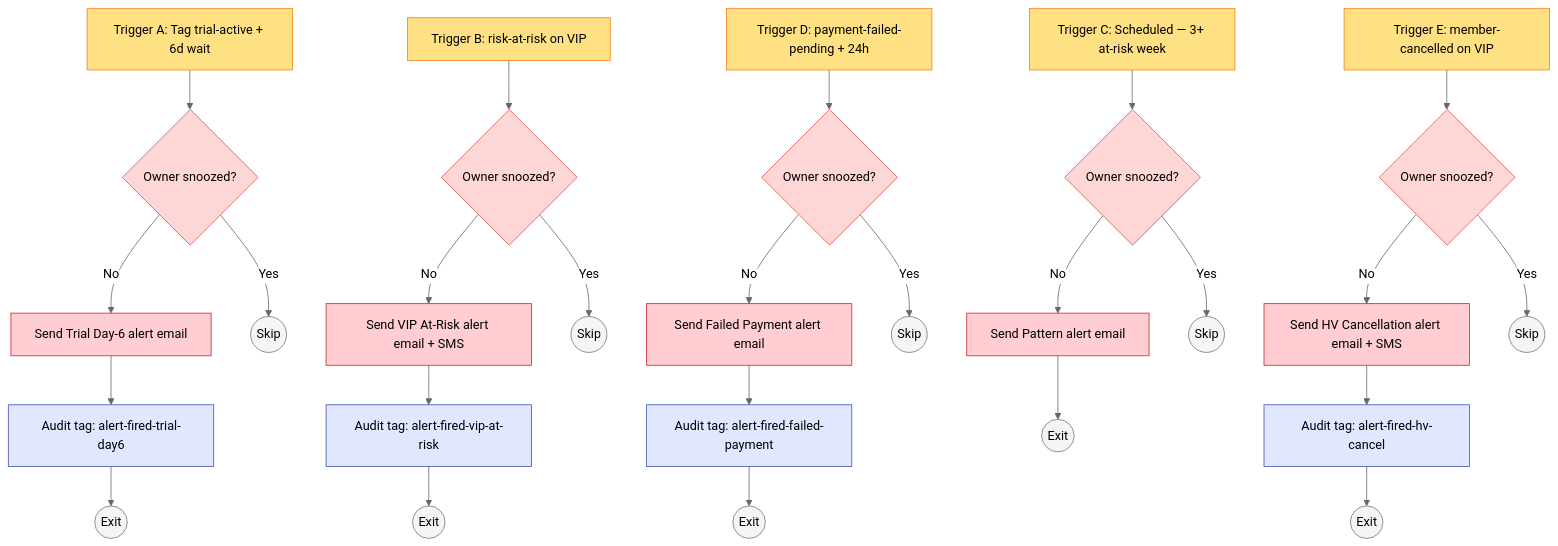
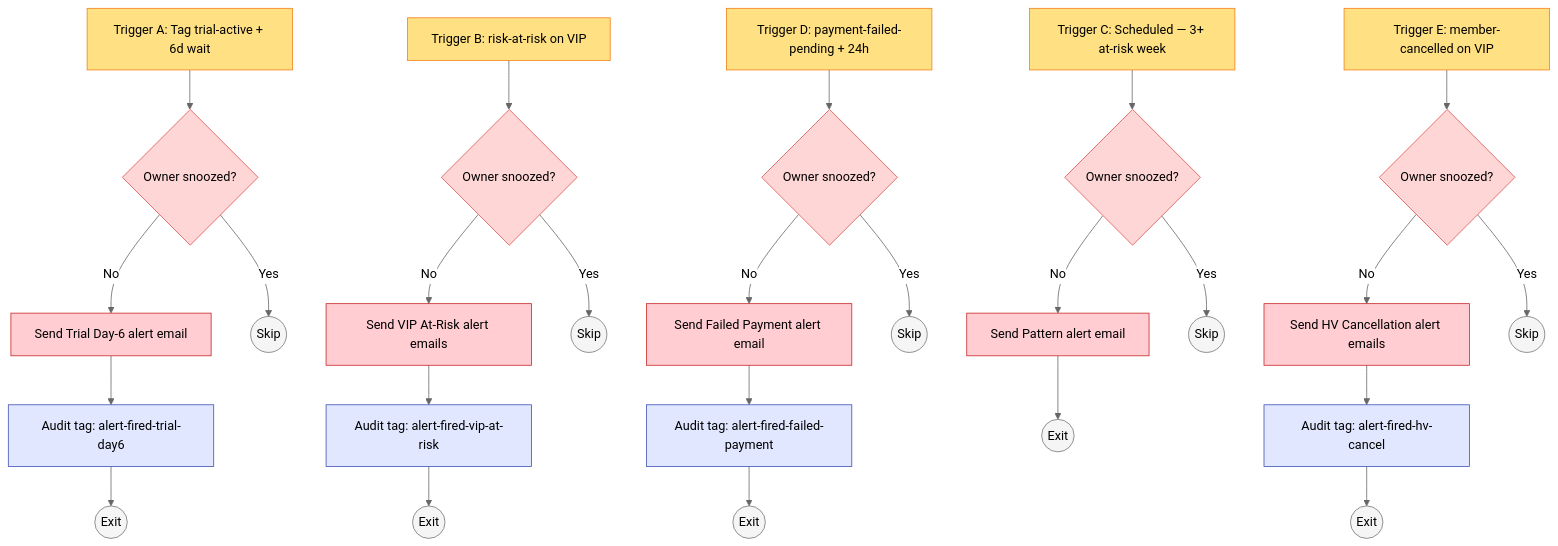
Before and after one commit to safeer-maker/GoHighLevel: the third of 3 diagrams in client-demo/sunrise-wellness-studio/problems/10-owner-reporting-and-visibility/assets/workflow.md, drawn with Mermaid (neutral theme). The commit also changed other lines of this file and 50 other files, not shown here.

````diff
--- a/client-demo/sunrise-wellness-studio/problems/10-owner-reporting-and-visibility/assets/workflow.md
+++ b/client-demo/sunrise-wellness-studio/problems/10-owner-reporting-and-visibility/assets/workflow.md
@@ -413,42 +413,42 @@
 ```mermaid
 graph TD
     TA[Trigger A: Tag trial-active + 6d wait] --> CheckA{Owner snoozed?}
     TB[Trigger B: risk-at-risk on VIP] --> CheckB{Owner snoozed?}
     TC[Trigger C: Scheduled — 3+ at-risk week] --> CheckC{Owner snoozed?}
     TD[Trigger D: payment-failed-pending + 24h] --> CheckD{Owner snoozed?}
     TE[Trigger E: member-cancelled on VIP] --> CheckE{Owner snoozed?}
 
     CheckA -->|No| AlertA[Send Trial Day-6 alert email]
     CheckA -->|Yes| EX1((Skip))
-    CheckB -->|No| AlertB[Send VIP At-Risk alert email + SMS]
+    CheckB -->|No| AlertB[Send VIP At-Risk alert emails]
     CheckB -->|Yes| EX2((Skip))
     CheckC -->|No| AlertC[Send Pattern alert email]
     CheckC -->|Yes| EX3((Skip))
     CheckD -->|No| AlertD[Send Failed Payment alert email]
     CheckD -->|Yes| EX4((Skip))
-    CheckE -->|No| AlertE[Send HV Cancellation alert email + SMS]
+    CheckE -->|No| AlertE[Send HV Cancellation alert emails]
     CheckE -->|Yes| EX5((Skip))
 
     AlertA --> Tag1[Audit tag: alert-fired-trial-day6]
     AlertB --> Tag2[Audit tag: alert-fired-vip-at-risk]
     AlertD --> Tag4[Audit tag: alert-fired-failed-payment]
     AlertE --> Tag5[Audit tag: alert-fired-hv-cancel]
 
     Tag1 --> EXf1((Exit))
     Tag2 --> EXf2((Exit))
     AlertC --> EXf3((Exit))
     Tag4 --> EXf4((Exit))
     Tag5 --> EXf5((Exit))
 
     classDef trigger fill:#FFE082,stroke:#F57F17
     classDef action fill:#E0E7FF,stroke:#3F51B5
     classDef cond fill:#FFD6D6,stroke:#D9534F
     classDef alert fill:#FFCDD2,stroke:#C62828
     classDef exit fill:#F5F5F5,stroke:#757575
 
     class TA,TB,TC,TD,TE trigger
     class CheckA,CheckB,CheckC,CheckD,CheckE cond
     class AlertA,AlertB,AlertC,AlertD,AlertE alert
     class Tag1,Tag2,Tag4,Tag5 action
     class EX1,EX2,EX3,EX4,EX5,EXf1,EXf2,EXf3,EXf4,EXf5 exit
 ```
````
